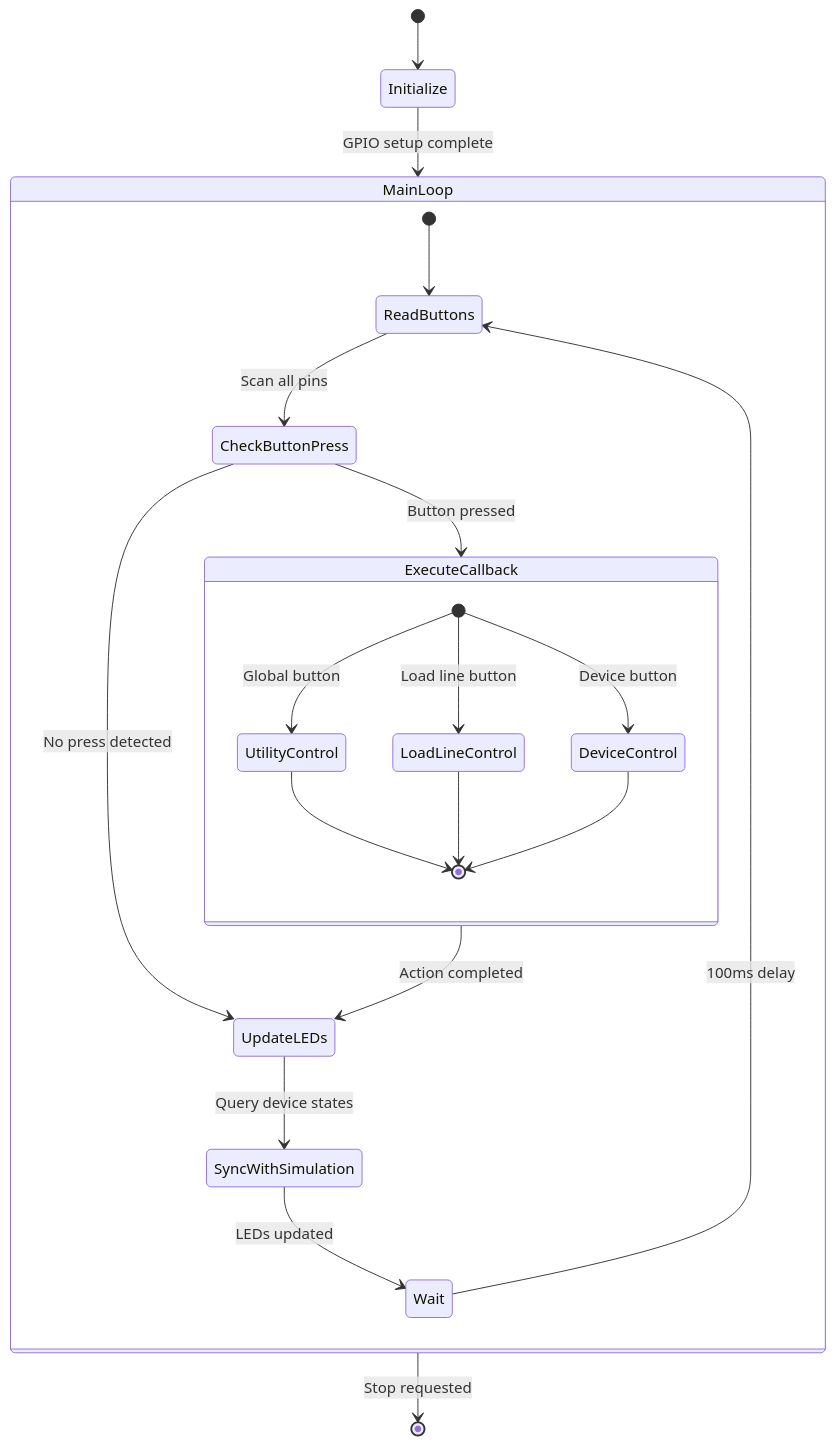
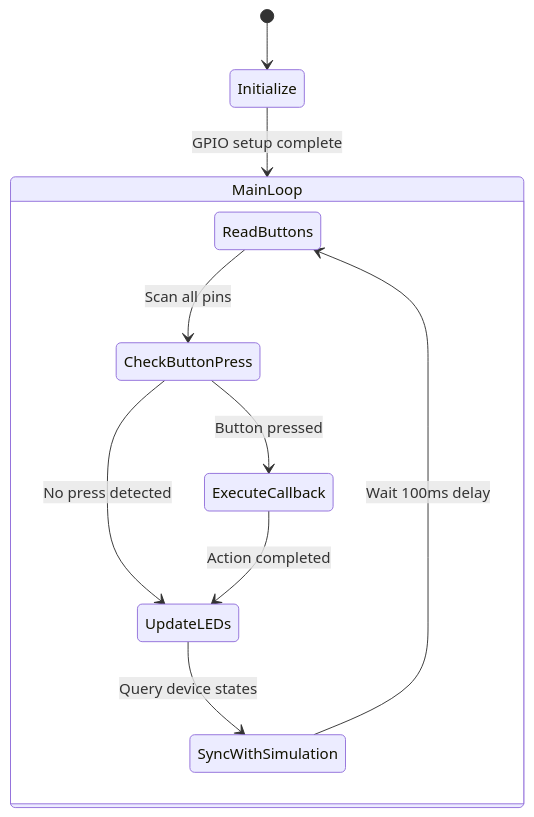
The diagram in docs/_static/diagrams/C7_controller_state_machine.mmd (ezAldinWaez/residential-smart-grid-prototype), drawn with Mermaid before and after one commit. The commit also changed 24 other files, not shown here.

```diff
--- a/docs/_static/diagrams/C7_controller_state_machine.mmd
+++ b/docs/_static/diagrams/C7_controller_state_machine.mmd
@@ -1,22 +1,11 @@
 stateDiagram-v2
    [*] --> Initialize
    Initialize --> MainLoop : GPIO setup complete
    state MainLoop {
-      [*] --> ReadButtons
       ReadButtons --> CheckButtonPress : Scan all pins
       CheckButtonPress --> ExecuteCallback : Button pressed
       CheckButtonPress --> UpdateLEDs : No press detected
       ExecuteCallback --> UpdateLEDs : Action completed
       UpdateLEDs --> SyncWithSimulation : Query device states
-      SyncWithSimulation --> Wait : LEDs updated
-      Wait --> ReadButtons : 100ms delay
+      SyncWithSimulation --> ReadButtons : Wait 100ms delay
    }
-   state ExecuteCallback {
-      [*] --> UtilityControl : Global button
-      [*] --> LoadLineControl : Load line button
-      [*] --> DeviceControl : Device button
-      UtilityControl --> [*]
-      LoadLineControl --> [*]
-      DeviceControl --> [*]
-   }
-   MainLoop --> [*] : Stop requested
```
